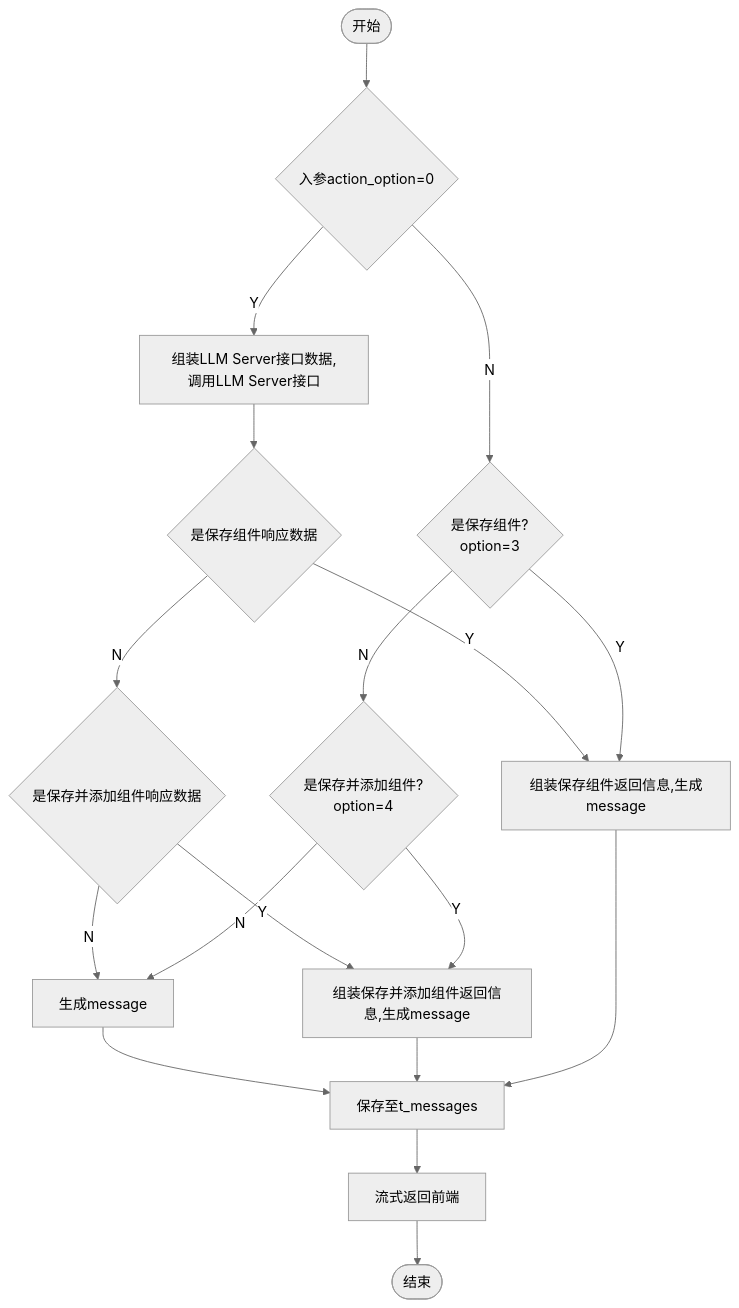
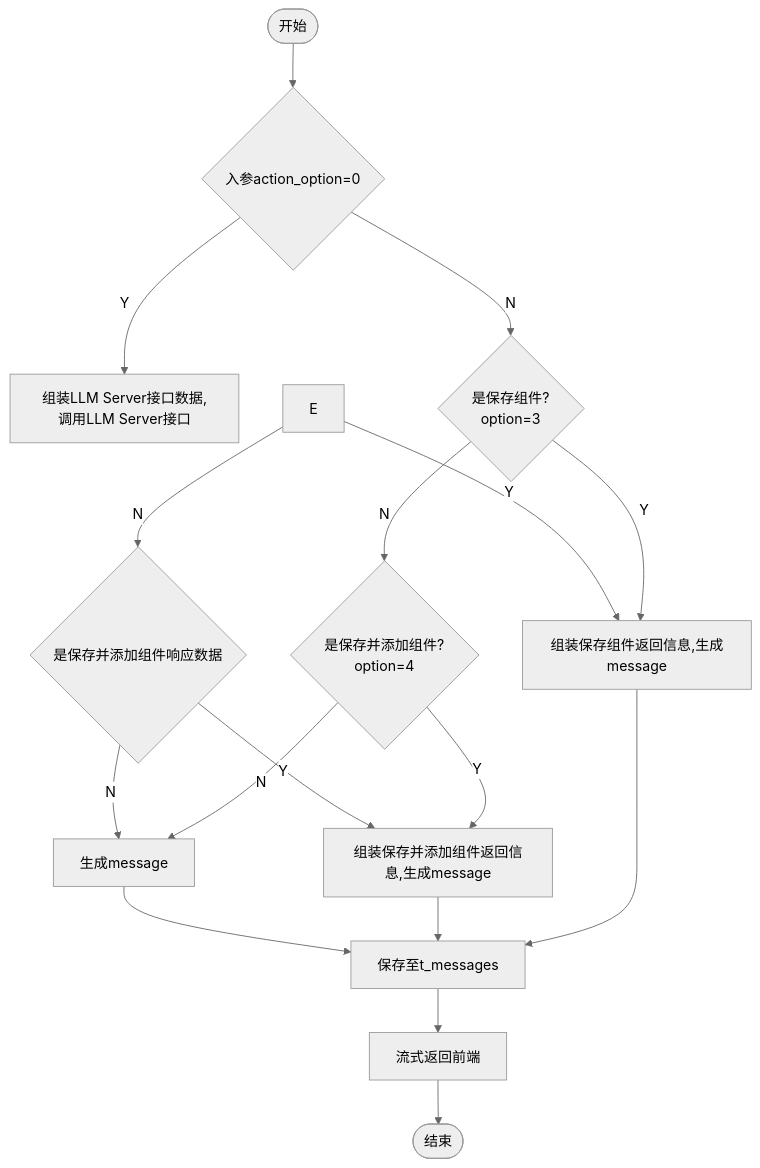
One commit to yingjianzh/iodraw-files changed the diagram in all/添加保存组件.md. Above: the diagram before and after it, drawn with Mermaid (neutral theme).

Commit message:
2024-10-15 15:23:50 update

````diff
--- a/all/添加保存组件.md
+++ b/all/添加保存组件.md
@@ -1,20 +1,20 @@
 ```mermaid
 flowchart TD
     A([开始]) --> B{入参action_option=0}
     B -- Y --> C[组装LLM Server接口数据,调用LLM Server接口]
     B -- N --> D{是保存组件? \n option=3}
     E -- N --> L{是保存并添加组件响应数据}
     E -- Y --> F[组装保存组件返回信息,生成message]
-    C --> E{是保存组件响应数据}
+    
     L -- N --> R[生成message]
     R --> G
     L -- Y --> K
     D -- Y --> F
     D -- N --> J{是保存并添加组件? \n option=4}
     J -- Y --> K[组装保存并添加组件返回信息,生成message]
     K --> G
     J -- N --> R
     F --> G[保存至t_messages]
     G --> H[流式返回前端]
     H --> I([结束])
 ```
````
